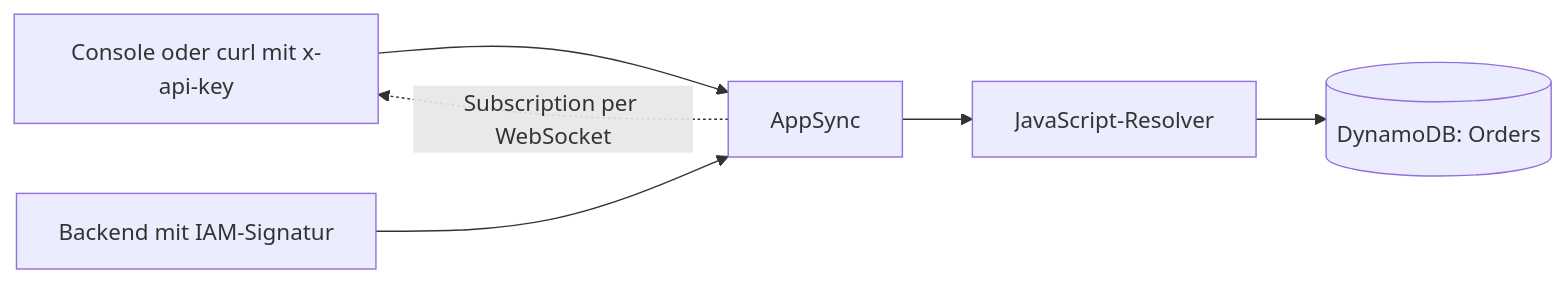
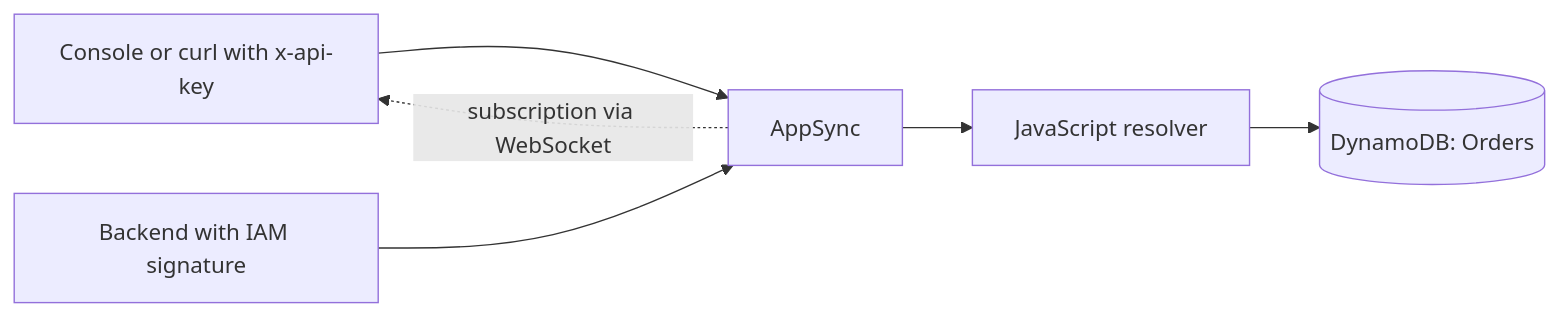
The diagram in exercises/11-aws-appsync-graphql/README.md (MikeBild/introduction-aws), drawn with Mermaid before and after one commit. The commit also changed other lines of this file and 617 other files, not shown here.

````diff
--- a/exercises/11-aws-appsync-graphql/README.md
+++ b/exercises/11-aws-appsync-graphql/README.md
@@ -9,7 +11,7 @@
 ```mermaid
 flowchart LR
-  c["Console oder curl mit x-api-key"] --> a["AppSync"]
-  b["Backend mit IAM-Signatur"] --> a
-  a --> r["JavaScript-Resolver"] --> d[("DynamoDB: Orders")]
-  a -. "Subscription per WebSocket" .-> c
+  c["Console or curl with x-api-key"] --> a["AppSync"]
+  b["Backend with IAM signature"] --> a
+  a --> r["JavaScript resolver"] --> d[("DynamoDB: Orders")]
+  a -. "subscription via WebSocket" .-> c
 ```
````
